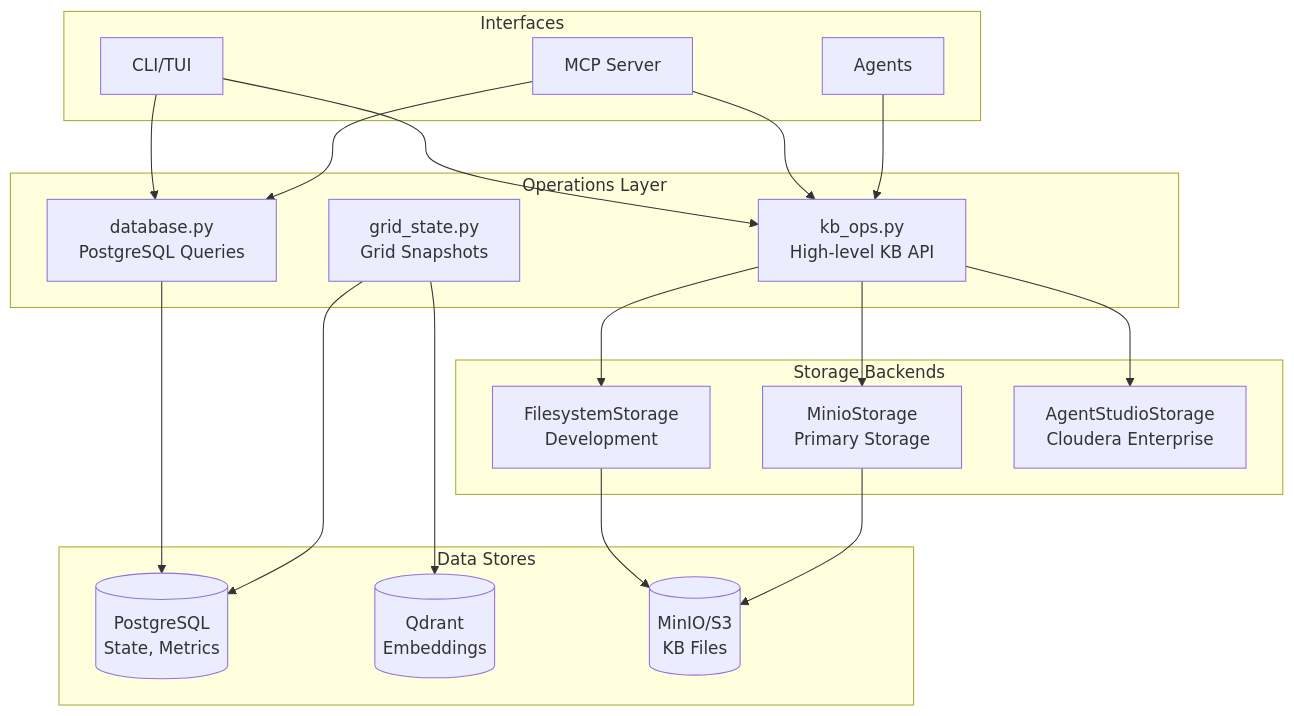
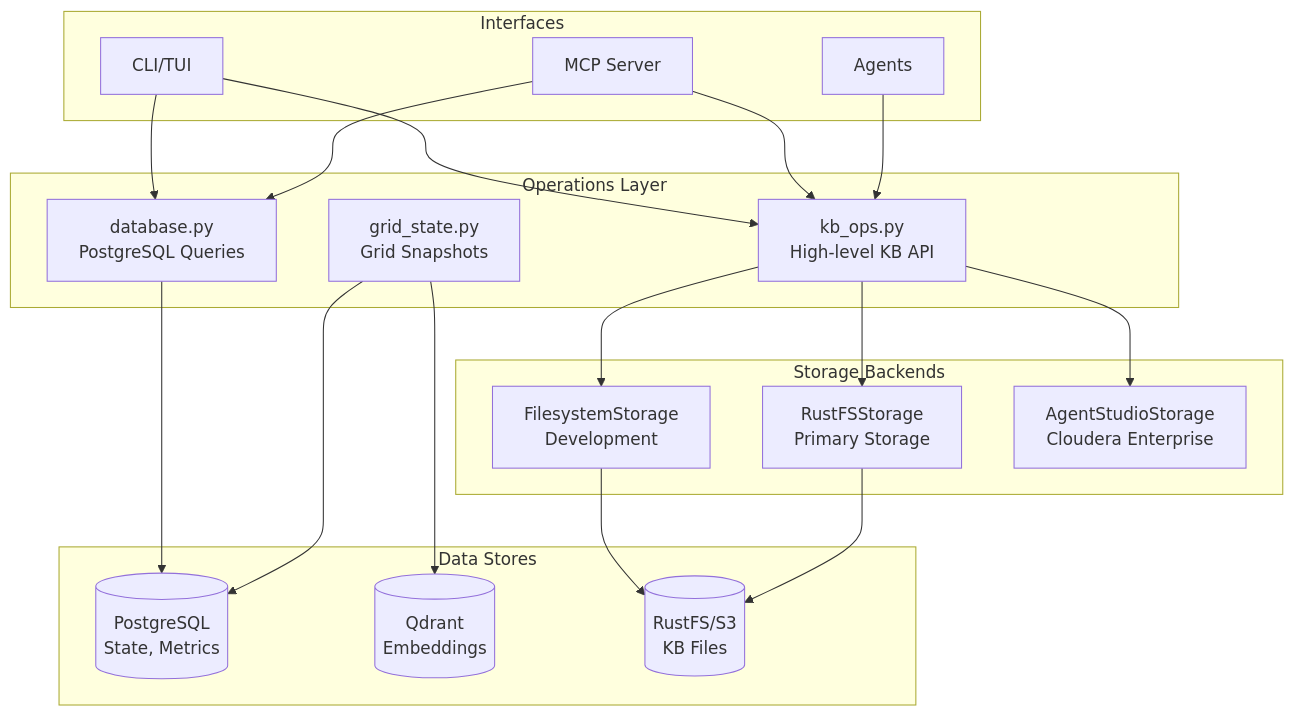
Before and after one commit to zndx/gaius: the first of 3 diagrams in src/gaius/storage/README.md, drawn with Mermaid. The commit also changed other lines of this file and 63 other files, not shown here.

````diff
--- a/src/gaius/storage/README.md
+++ b/src/gaius/storage/README.md
@@ -7,43 +7,43 @@
 ```mermaid
 graph TB
     subgraph "Interfaces"
         CLI[CLI/TUI]
         MCP[MCP Server]
         AGENTS[Agents]
     end
 
     subgraph "Operations Layer"
         KBOPS[kb_ops.py<br/>High-level KB API]
         DB[database.py<br/>PostgreSQL Queries]
         GRID[grid_state.py<br/>Grid Snapshots]
     end
 
     subgraph "Storage Backends"
         FS[FilesystemStorage<br/>Development]
-        MINIO[MinioStorage<br/>Primary Storage]
+        RUSTFS[RustFSStorage<br/>Primary Storage]
         STUDIO[AgentStudioStorage<br/>Cloudera Enterprise]
     end
 
     subgraph "Data Stores"
         PG[(PostgreSQL<br/>State, Metrics)]
         QD[(Qdrant<br/>Embeddings)]
-        S3[(MinIO/S3<br/>KB Files)]
+        S3[(RustFS/S3<br/>KB Files)]
     end
 
     CLI --> KBOPS
     MCP --> KBOPS
     AGENTS --> KBOPS
 
     CLI --> DB
     MCP --> DB
 
     KBOPS --> FS
-    KBOPS --> MINIO
+    KBOPS --> RUSTFS
     KBOPS --> STUDIO
 
     FS --> S3
-    MINIO --> S3
+    RUSTFS --> S3
     DB --> PG
     GRID --> PG
     GRID --> QD
 ```
````
